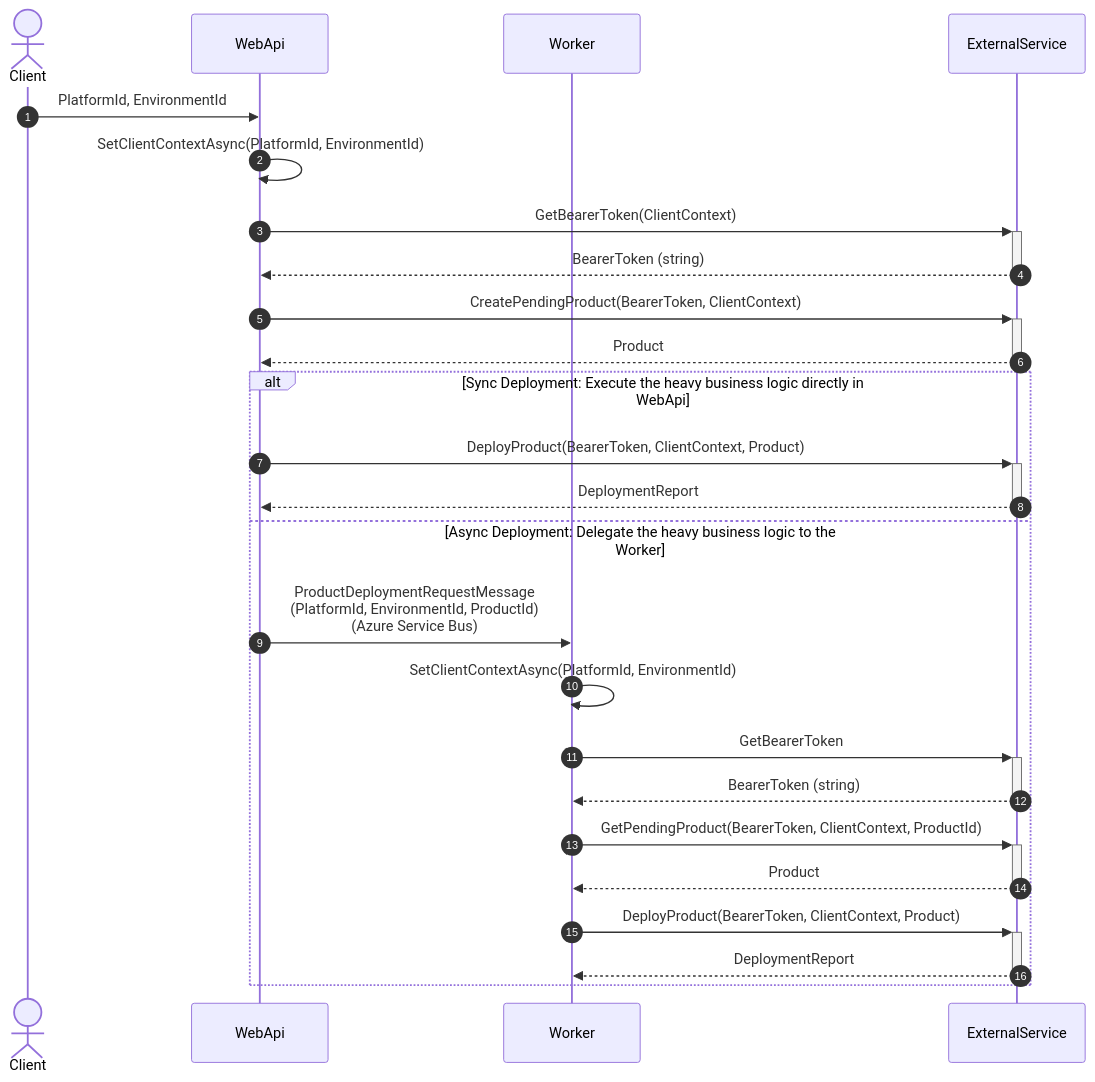
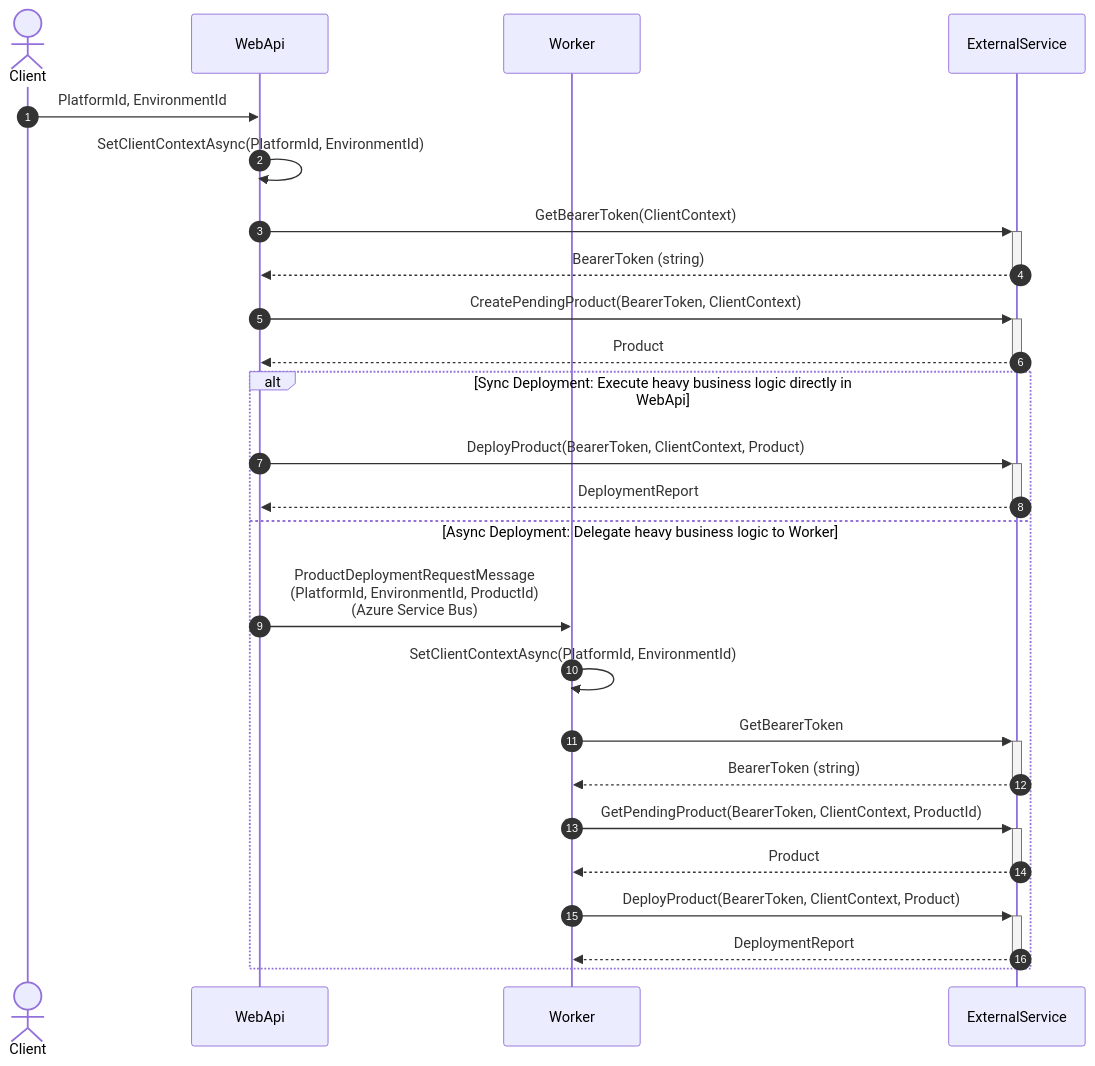
The diagram in README.md (duongphuhiep/WorkerBusDemo), drawn with Mermaid before and after one commit. The commit also changed other lines of this file and 40 other files, not shown here.

````diff
--- a/README.md
+++ b/README.md
@@ -75,31 +85,31 @@
 ```mermaid
 sequenceDiagram
 autonumber
 actor Client
 participant  WebApi
 participant  Worker
 participant  ExternalService
 
 Client->>WebApi: PlatformId, EnvironmentId
 
 WebApi->>WebApi: SetClientContextAsync(PlatformId, EnvironmentId)
 WebApi->>+ExternalService: GetBearerToken(ClientContext)
 ExternalService-->>-WebApi: BearerToken (string)
 WebApi->>+ExternalService: CreatePendingProduct(BearerToken, ClientContext)
 ExternalService-->>-WebApi: Product
 
-alt Sync Deployment: Execute the heavy business logic directly in WebApi
+alt Sync Deployment: Execute heavy business logic directly in WebApi
     WebApi->>+ExternalService: DeployProduct(BearerToken, ClientContext, Product)
     ExternalService-->>-WebApi: DeploymentReport
 
-else Async Deployment: Delegate the heavy business logic to the Worker
-    WebApi->>Worker: ProductDeploymentRequestMessage<br>(PlatformId, EnvironmentId, ProductId) <br>(Azure Service Bus)
+else Async Deployment: Delegate heavy business logic to Worker
+    WebApi->>Worker: ProductDeploymentRequestMessage<br/>(PlatformId, EnvironmentId, ProductId)<br/>(Azure Service Bus)
     Worker->>Worker: SetClientContextAsync(PlatformId, EnvironmentId)
     Worker->>+ExternalService: GetBearerToken
     ExternalService-->>-Worker: BearerToken (string)
     Worker->>+ExternalService: GetPendingProduct(BearerToken, ClientContext, ProductId)
     ExternalService-->>-Worker: Product
     Worker->>+ExternalService: DeployProduct(BearerToken, ClientContext, Product)
     ExternalService-->>-Worker: DeploymentReport
 end
 ```
````
